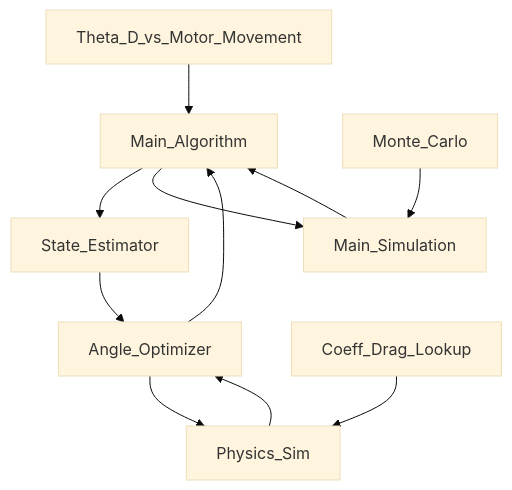
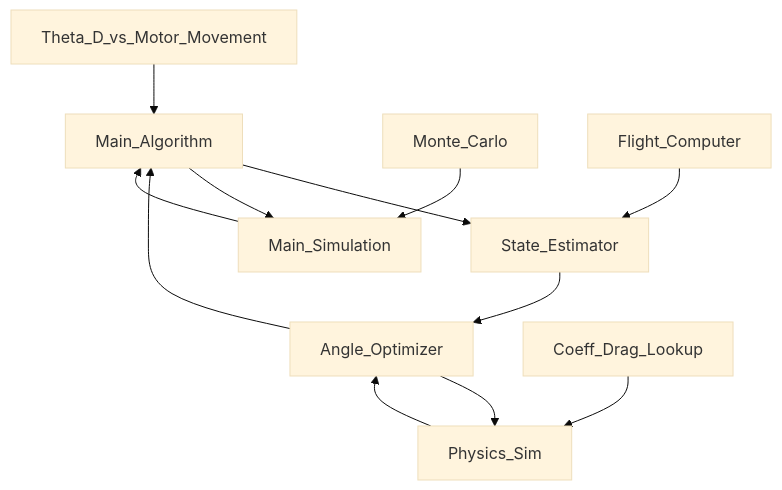
Before and after one commit to Case-Rocket-Team/Airbrakes: the diagram in README.md, drawn with Mermaid (base theme).

````diff
--- a/README.md
+++ b/README.md
@@ -5,13 +5,14 @@
 ```mermaid
 graph TD;
     Main_Algorithm-->State_Estimator;
     Theta_D_vs_Motor_Movement-->Main_Algorithm;
     Main_Simulation-->Main_Algorithm;
     Main_Algorithm-->Main_Simulation;
     Monte_Carlo-->Main_Simulation;
     State_Estimator-->Angle_Optimizer;
     Angle_Optimizer-->Physics_Sim;
     Coeff_Drag_Lookup-->Physics_Sim;
     Physics_Sim-->Angle_Optimizer;
     Angle_Optimizer-->Main_Algorithm;
+    Flight_Computer-->State_Estimator;
 ```
````
